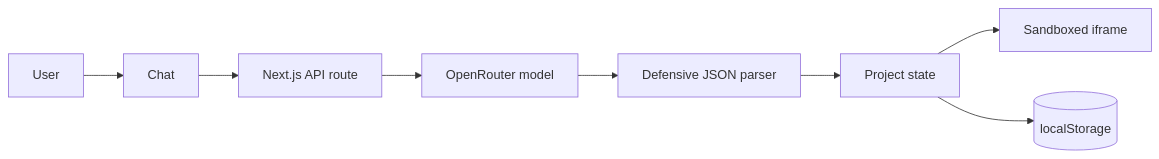
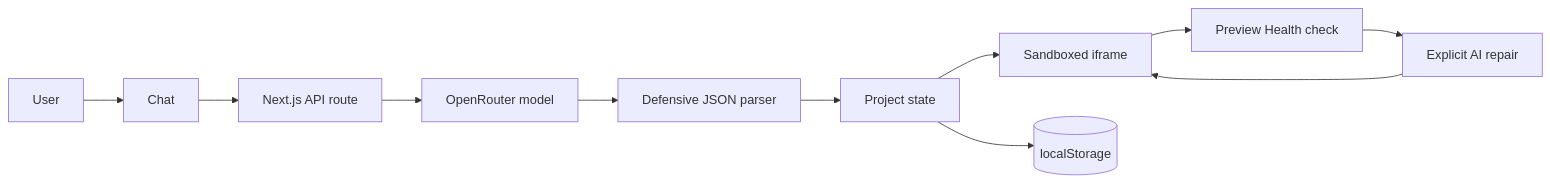
One commit to fhj414/forge-ai changed the diagram in README.md. Above: the diagram before and after it, drawn with Mermaid. The commit also changed other lines of this file and 1 other file, not shown here.

Commit message:
docs: explain preview health repair loop

````diff
--- a/README.md
+++ b/README.md
@@ -57,10 +60,13 @@
 ```mermaid
 flowchart LR
   User --> Chat
   Chat --> API[Next.js API route]
   API --> LLM[OpenRouter model]
   LLM --> Parser[Defensive JSON parser]
   Parser --> ProjectStore[Project state]
   ProjectStore --> Preview[Sandboxed iframe]
+  Preview --> Health[Preview Health check]
+  Health --> Repair[Explicit AI repair]
+  Repair --> Preview
   ProjectStore --> LocalStorage[(localStorage)]
 ```
````
